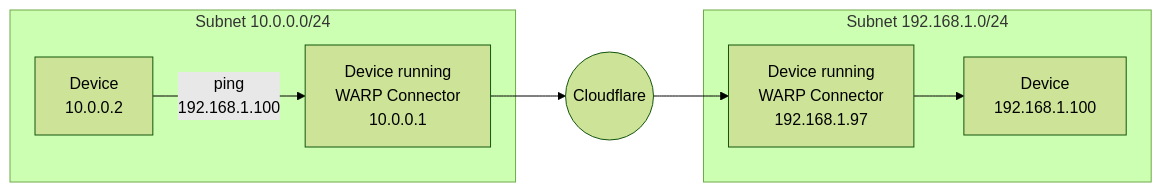
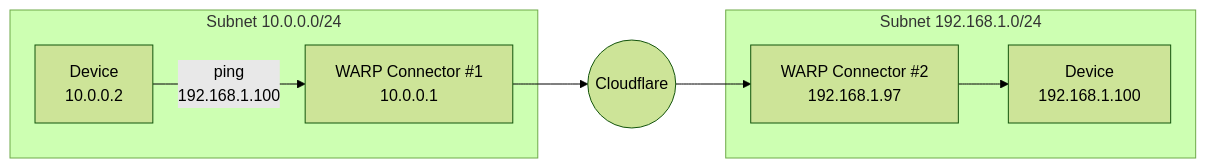
Before and after one commit to cloudflare/cloudflare-docs: the fifth of 5 diagrams in src/content/docs/cloudflare-one/connections/connect-networks/private-net/warp-connector/site-to-site.mdx, drawn with Mermaid (forest theme). The commit also changed other lines of this file, not shown here.

````diff
--- a/src/content/docs/cloudflare-one/connections/connect-networks/private-net/warp-connector/site-to-site.mdx
+++ b/src/content/docs/cloudflare-one/connections/connect-networks/private-net/warp-connector/site-to-site.mdx
@@ -169,17 +205,15 @@
 ```mermaid
     flowchart LR
       subgraph subnet1[Subnet 10.0.0.0/24]
         device1["Device
         10.0.0.2"]--"ping
-        192.168.1.100"-->router1["Device running
-        WARP Connector
+        192.168.1.100"-->router1["WARP Connector #1
         10.0.0.1"]
       end
       subgraph subnet2[Subnet 192.168.1.0/24]
-        router2["Device running
-        WARP Connector
+        router2["WARP Connector #2
         192.168.1.97"]-->device2["Device
         192.168.1.100"]
       end
       router1-->C((Cloudflare))-->router2
 ```
````
